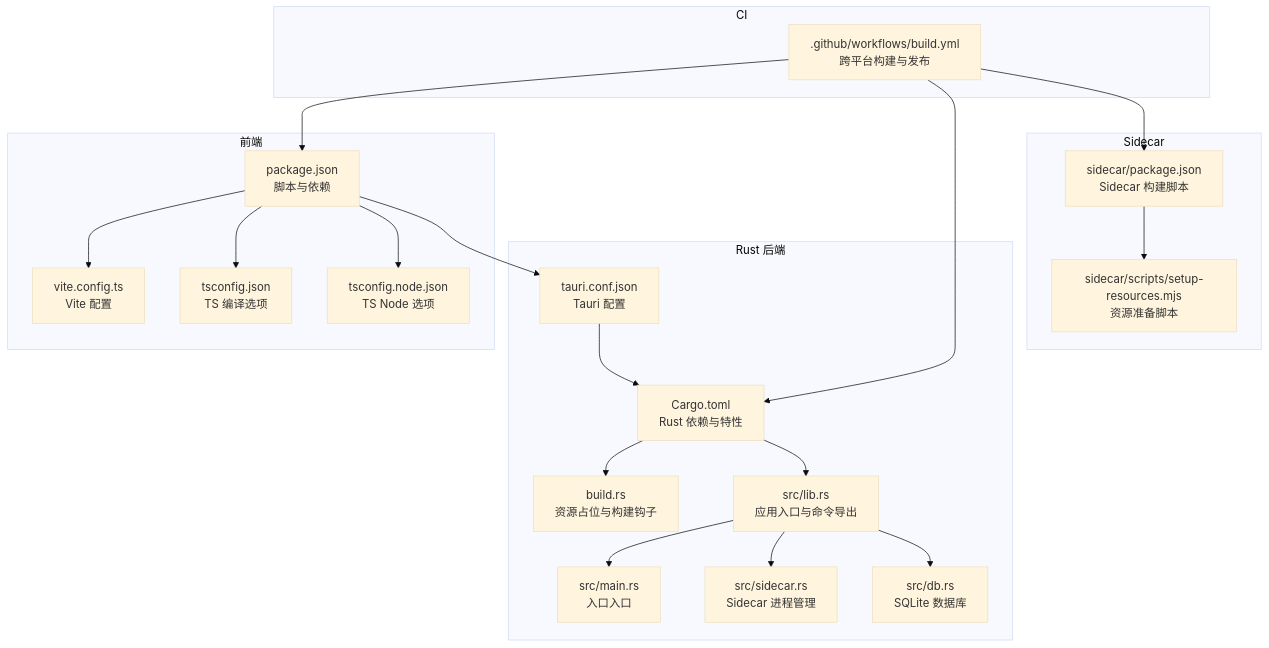
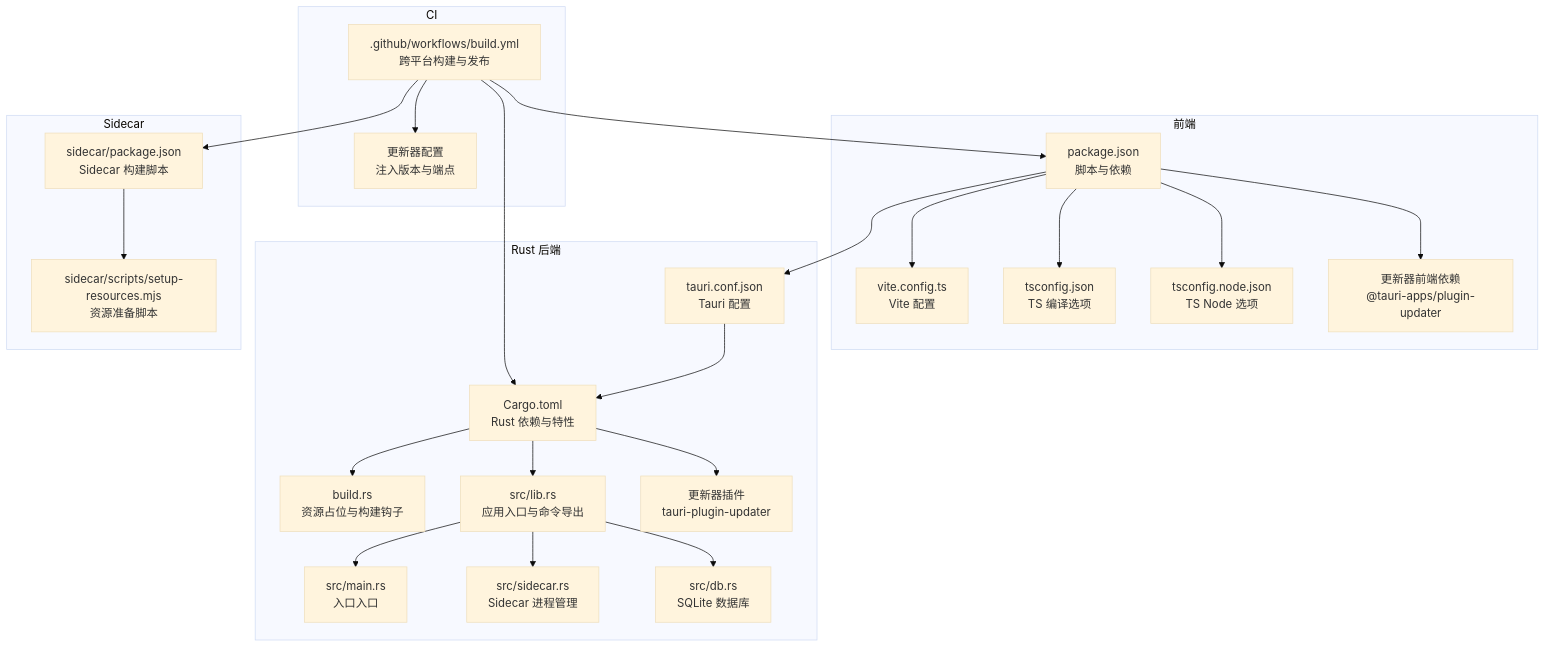
The first of 8 diagrams in .qoder/repowiki/zh/content/部署和发布/构建流程.md (RabbitAI-Lab/RabbitCoding), drawn with Mermaid (base theme) before and after one commit. The commit also changed other lines of this file and 32 other files, not shown here.

````diff
--- a/.qoder/repowiki/zh/content/部署和发布/构建流程.md
+++ b/.qoder/repowiki/zh/content/部署和发布/构建流程.md
@@ -48,39 +58,45 @@
 ```mermaid
 graph TB
 subgraph "前端"
 FE_PKG["package.json<br/>脚本与依赖"]
 VITE_CFG["vite.config.ts<br/>Vite 配置"]
 TS_MAIN["tsconfig.json<br/>TS 编译选项"]
 TS_NODE["tsconfig.node.json<br/>TS Node 选项"]
+ENDPOINT["更新器前端依赖<br/>@tauri-apps/plugin-updater"]
 end
 subgraph "Rust 后端"
 TAURI_CONF["tauri.conf.json<br/>Tauri 配置"]
 CARGO_TOML["Cargo.toml<br/>Rust 依赖与特性"]
 BUILD_RS["build.rs<br/>资源占位与构建钩子"]
 LIB_RS["src/lib.rs<br/>应用入口与命令导出"]
 MAIN_RS["src/main.rs<br/>入口入口"]
 SIDECAR_RS["src/sidecar.rs<br/>Sidecar 进程管理"]
 DB_RS["src/db.rs<br/>SQLite 数据库"]
+UPDATER_PLUGIN["更新器插件<br/>tauri-plugin-updater"]
 end
 subgraph "Sidecar"
 SIDE_PKG["sidecar/package.json<br/>Sidecar 构建脚本"]
 SETUP_MJS["sidecar/scripts/setup-resources.mjs<br/>资源准备脚本"]
 end
 subgraph "CI"
 GH_WORKFLOW[".github/workflows/build.yml<br/>跨平台构建与发布"]
+UPDATER_CONFIG["更新器配置<br/>注入版本与端点"]
 end
 FE_PKG --> VITE_CFG
 FE_PKG --> TS_MAIN
 FE_PKG --> TS_NODE
+FE_PKG --> ENDPOINT
 FE_PKG --> TAURI_CONF
 TAURI_CONF --> CARGO_TOML
 CARGO_TOML --> BUILD_RS
 CARGO_TOML --> LIB_RS
+CARGO_TOML --> UPDATER_PLUGIN
 LIB_RS --> MAIN_RS
 LIB_RS --> SIDECAR_RS
 LIB_RS --> DB_RS
 SIDE_PKG --> SETUP_MJS
 GH_WORKFLOW --> FE_PKG
 GH_WORKFLOW --> CARGO_TOML
 GH_WORKFLOW --> SIDE_PKG
+GH_WORKFLOW --> UPDATER_CONFIG
 ```
````
